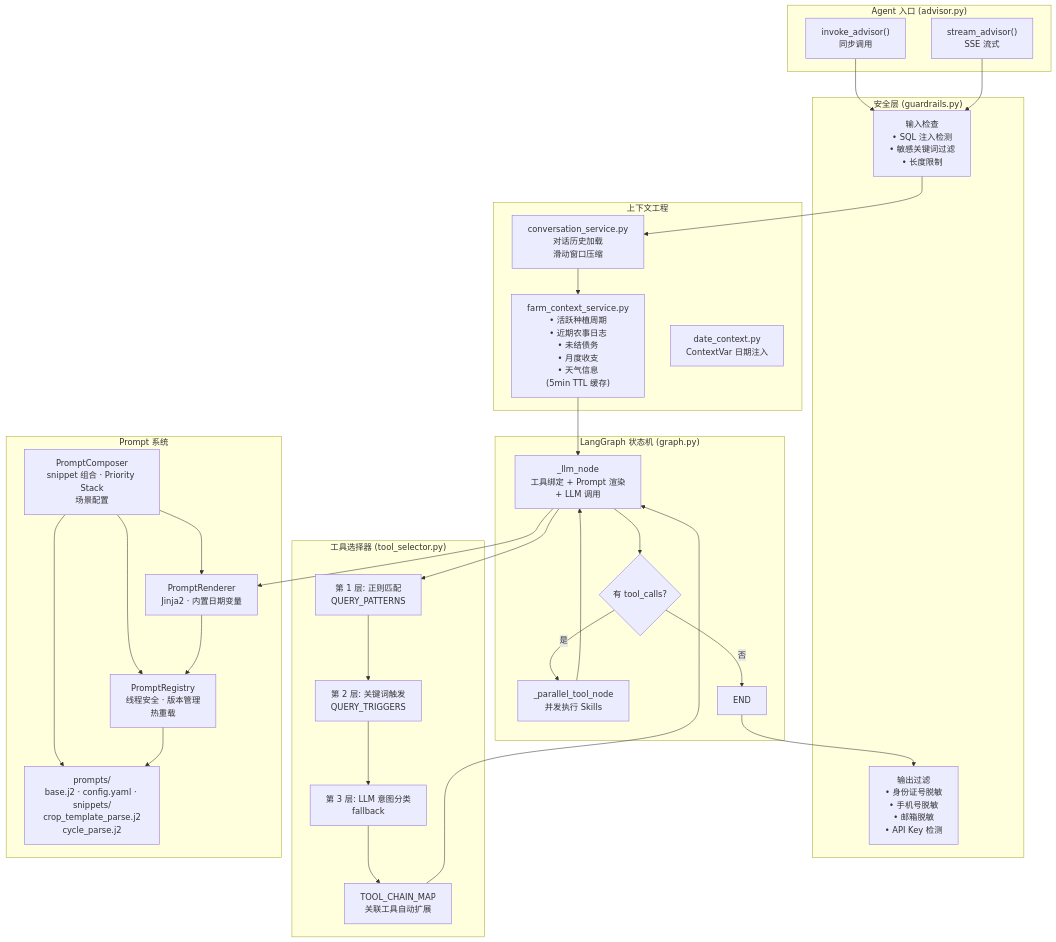
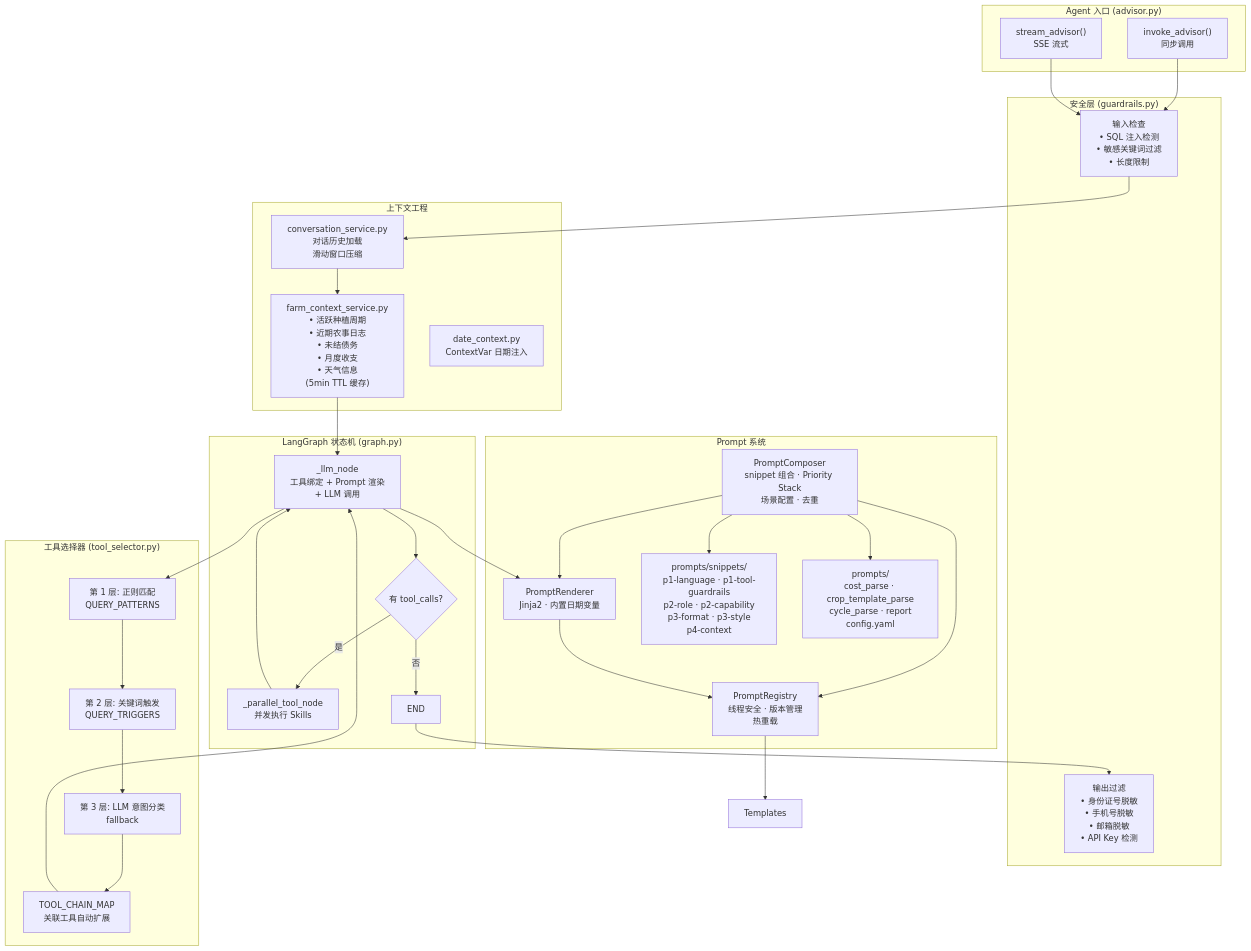
One commit to ArtLjn/agriagent-os changed the fourth of 11 diagrams in docs/architecture/backend-architecture.md. Above: the diagram before and after it, drawn with Mermaid. The commit also changed other lines of this file and 7 other files, not shown here.

First line of the commit message:
refactor(prompt): base.j2 迁移到 Composer snippets 组合渲染

````diff
--- a/docs/architecture/backend-architecture.md
+++ b/docs/architecture/backend-architecture.md
@@ -281,60 +281,61 @@
 ```mermaid
 flowchart TB
     subgraph "Agent 入口 (advisor.py)"
         Invoke["invoke_advisor()<br/>同步调用"]
         Stream["stream_advisor()<br/>SSE 流式"]
     end
 
     subgraph "安全层 (guardrails.py)"
         InputGuard["输入检查<br/>• SQL 注入检测<br/>• 敏感关键词过滤<br/>• 长度限制"]
         OutputGuard["输出过滤<br/>• 身份证号脱敏<br/>• 手机号脱敏<br/>• 邮箱脱敏<br/>• API Key 检测"]
     end
 
     subgraph "LangGraph 状态机 (graph.py)"
         LLMNode["_llm_node<br/>工具绑定 + Prompt 渲染<br/>+ LLM 调用"]
         ToolNode["_parallel_tool_node<br/>并发执行 Skills"]
         Cond{"有 tool_calls?"}
         EndNode["END"]
     end
 
     subgraph "工具选择器 (tool_selector.py)"
         Layer1["第 1 层: 正则匹配<br/>QUERY_PATTERNS"]
         Layer2["第 2 层: 关键词触发<br/>QUERY_TRIGGERS"]
         Layer3["第 3 层: LLM 意图分类<br/>fallback"]
         ChainMap["TOOL_CHAIN_MAP<br/>关联工具自动扩展"]
     end
 
     subgraph "Prompt 系统"
         Registry["PromptRegistry<br/>线程安全 · 版本管理<br/>热重载"]
         Renderer["PromptRenderer<br/>Jinja2 · 内置日期变量"]
-        Composer["PromptComposer<br/>snippet 组合 · Priority Stack<br/>场景配置"]
-        Templates["prompts/<br/>base.j2 · config.yaml · snippets/<br/>crop_template_parse.j2<br/>cycle_parse.j2"]
-        Composer --> Registry & Renderer & Templates
+        Composer["PromptComposer<br/>snippet 组合 · Priority Stack<br/>场景配置 · 去重"]
+        Snippets["prompts/snippets/<br/>p1-language · p1-tool-guardrails<br/>p2-role · p2-capability<br/>p3-format · p3-style<br/>p4-context"]
+        TaskTemplates["prompts/<br/>cost_parse · crop_template_parse<br/>cycle_parse · report<br/>config.yaml"]
+        Composer --> Registry & Renderer & Snippets & TaskTemplates
     end
 
     subgraph "上下文工程"
         FarmCtx["farm_context_service.py<br/>• 活跃种植周期<br/>• 近期农事日志<br/>• 未结债务<br/>• 月度收支<br/>• 天气信息<br/>(5min TTL 缓存)"]
         ConvHist["conversation_service.py<br/>对话历史加载<br/>滑动窗口压缩"]
         DateCtx["date_context.py<br/>ContextVar 日期注入"]
     end
 
     Invoke & Stream --> InputGuard
     InputGuard --> ConvHist
     ConvHist --> FarmCtx
     FarmCtx --> LLMNode
     LLMNode --> Layer1
     Layer1 --> Layer2
     Layer2 --> Layer3
     Layer3 --> ChainMap
     ChainMap --> LLMNode
     LLMNode --> Renderer
     Renderer --> Registry
     Registry --> Templates
 
     LLMNode --> Cond
     Cond -->|是| ToolNode
     Cond -->|否| EndNode
     ToolNode --> LLMNode
 
     EndNode --> OutputGuard
 ```
````
